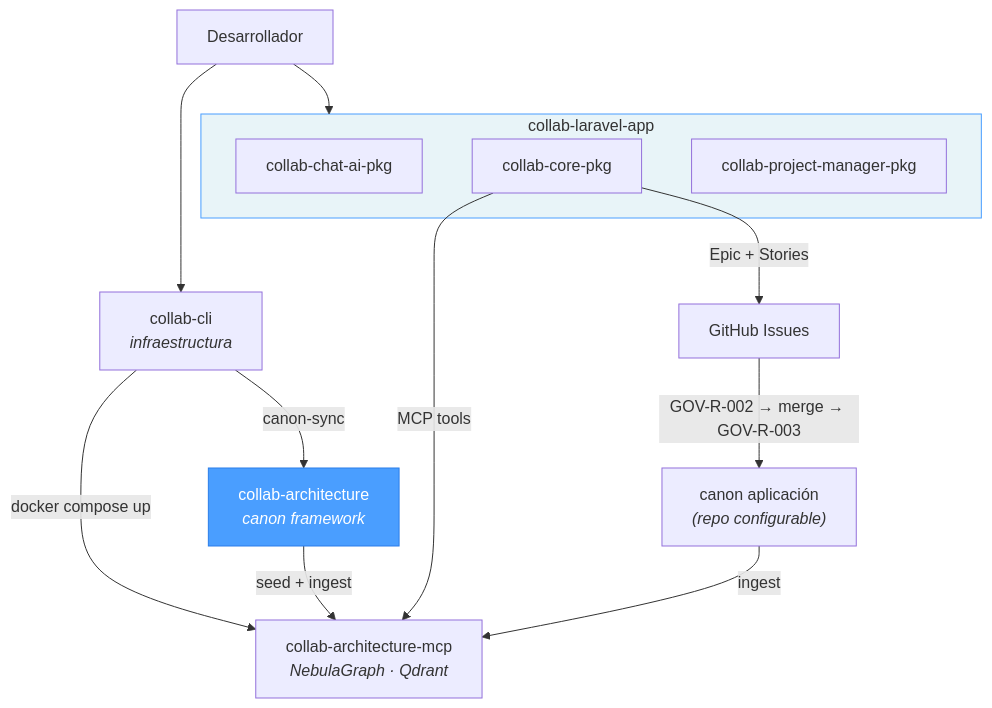
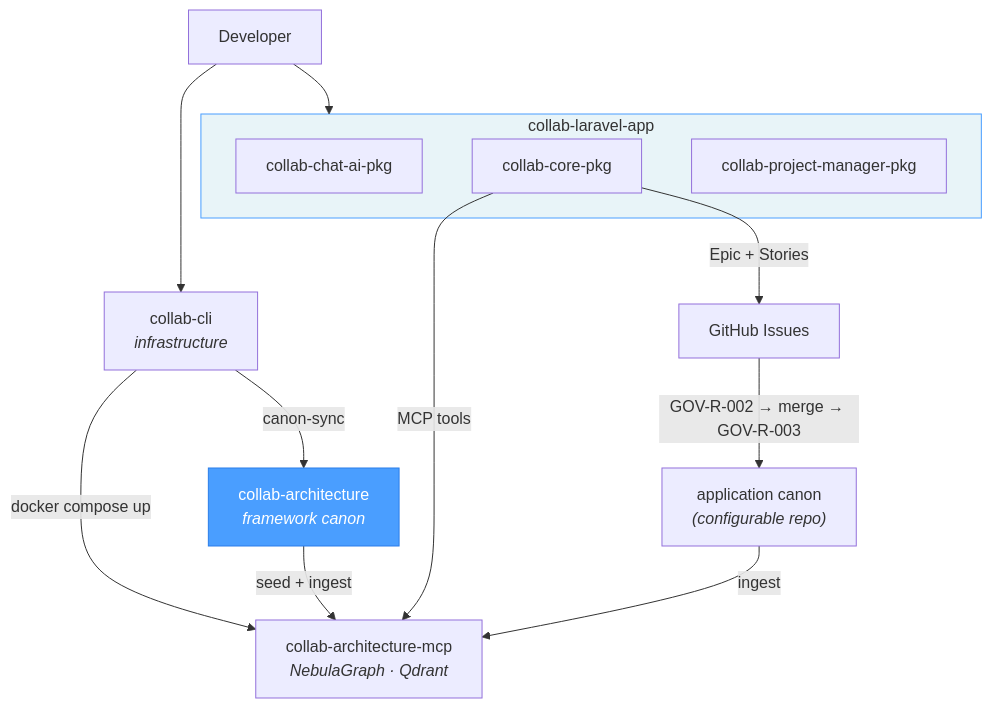
Before and after one commit to uxmaltech/collab-architecture: the diagram in README.md, drawn with Mermaid. The commit also changed other lines of this file and 1 other file, not shown here.

````diff
--- a/README.md
+++ b/README.md
@@ -16,24 +16,24 @@
 ```mermaid
 graph TD
-    DEV[Desarrollador] --> CLI[collab-cli<br><i>infraestructura</i>]
+    DEV[Developer] --> CLI[collab-cli<br><i>infrastructure</i>]
 
     subgraph APP["collab-laravel-app"]
         CHAT[collab-chat-ai-pkg]
         CORE[collab-core-pkg]
         PM[collab-project-manager-pkg]
     end
 
     DEV --> APP
 
-    CLI -- canon-sync --> CA[collab-architecture<br><i>canon framework</i>]
+    CLI -- canon-sync --> CA[collab-architecture<br><i>framework canon</i>]
     CLI -- docker compose up --> MCP[collab-architecture-mcp<br><i>NebulaGraph · Qdrant</i>]
     CA -- seed + ingest --> MCP
 
     CORE -- MCP tools --> MCP
     CORE -- "Epic + Stories" --> GH[GitHub Issues]
-    GH -- "GOV-R-002 → merge → GOV-R-003" --> BCA["canon aplicación<br><i>(repo configurable)</i>"]
+    GH -- "GOV-R-002 → merge → GOV-R-003" --> BCA["application canon<br><i>(configurable repo)</i>"]
     BCA -- ingest --> MCP
 
     style CA fill:#4a9eff,stroke:#2b7de9,color:#fff
     style APP fill:#e8f4f8,stroke:#4a9eff
 ```
````
